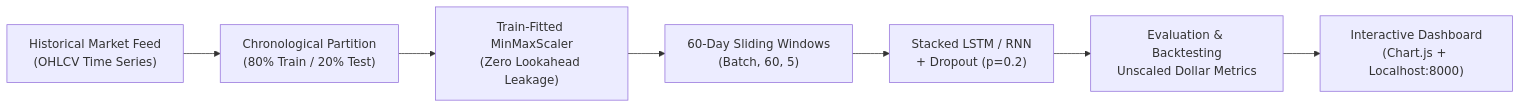
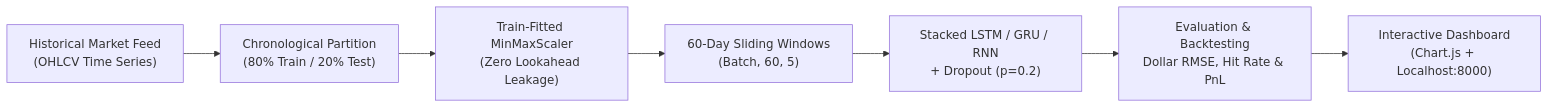
The diagram in README.md (Aditthan-07/stock-price-forecasting-rnn), drawn with Mermaid before and after one commit. The commit also changed other lines of this file, not shown here.

````diff
--- a/README.md
+++ b/README.md
@@ -27,9 +27,9 @@
 ```mermaid
 flowchart LR
     A["Historical Market Feed\n(OHLCV Time Series)"] --> B["Chronological Partition\n(80% Train / 20% Test)"]
     B --> C["Train-Fitted MinMaxScaler\n(Zero Lookahead Leakage)"]
     C --> D["60-Day Sliding Windows\n(Batch, 60, 5)"]
-    D --> E["Stacked LSTM / RNN\n+ Dropout (p=0.2)"]
-    E --> F["Evaluation & Backtesting\nUnscaled Dollar Metrics"]
+    D --> E["Stacked LSTM / GRU / RNN\n+ Dropout (p=0.2)"]
+    E --> F["Evaluation & Backtesting\nDollar RMSE, Hit Rate & PnL"]
     F --> G["Interactive Dashboard\n(Chart.js + Localhost:8000)"]
 ```
````
